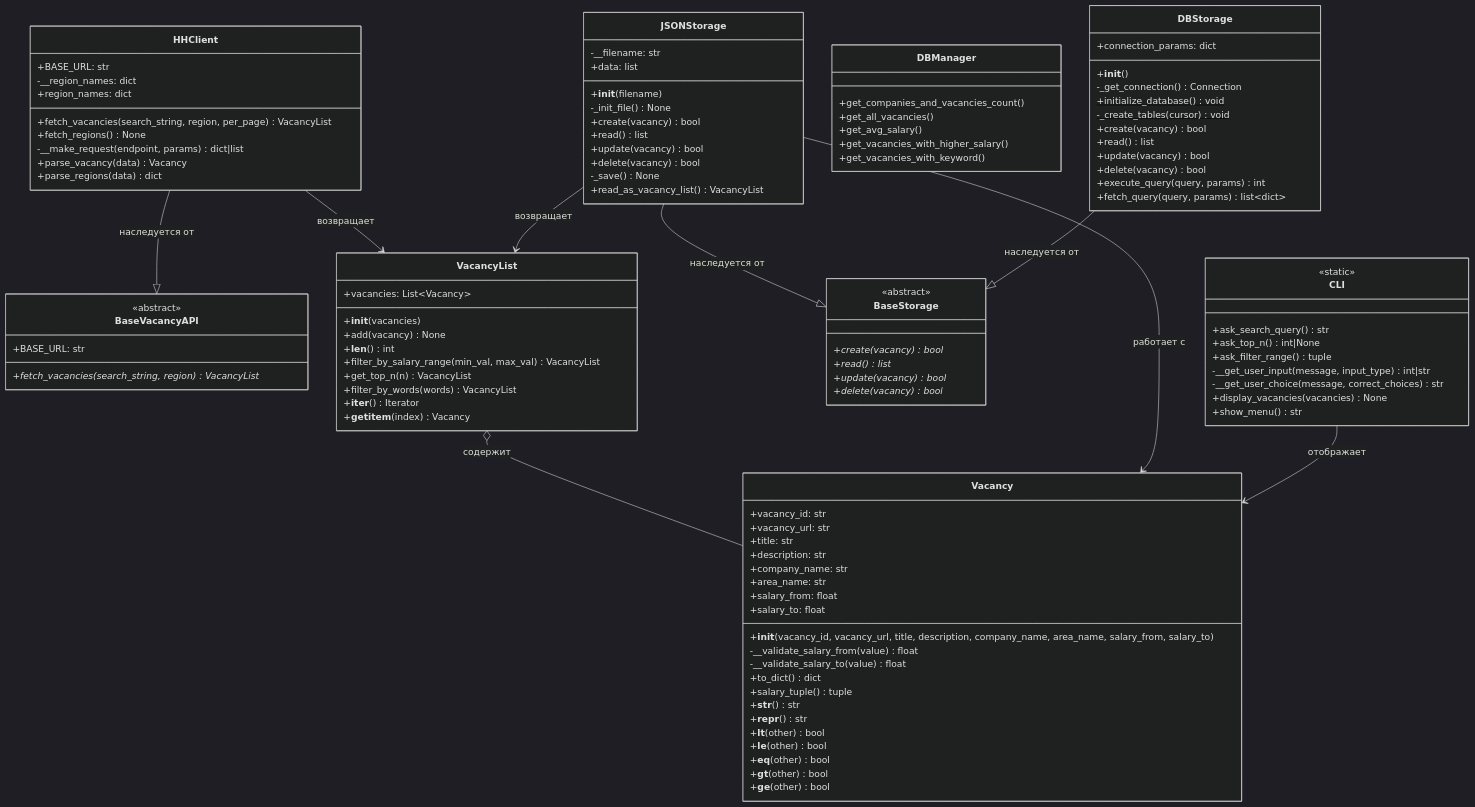
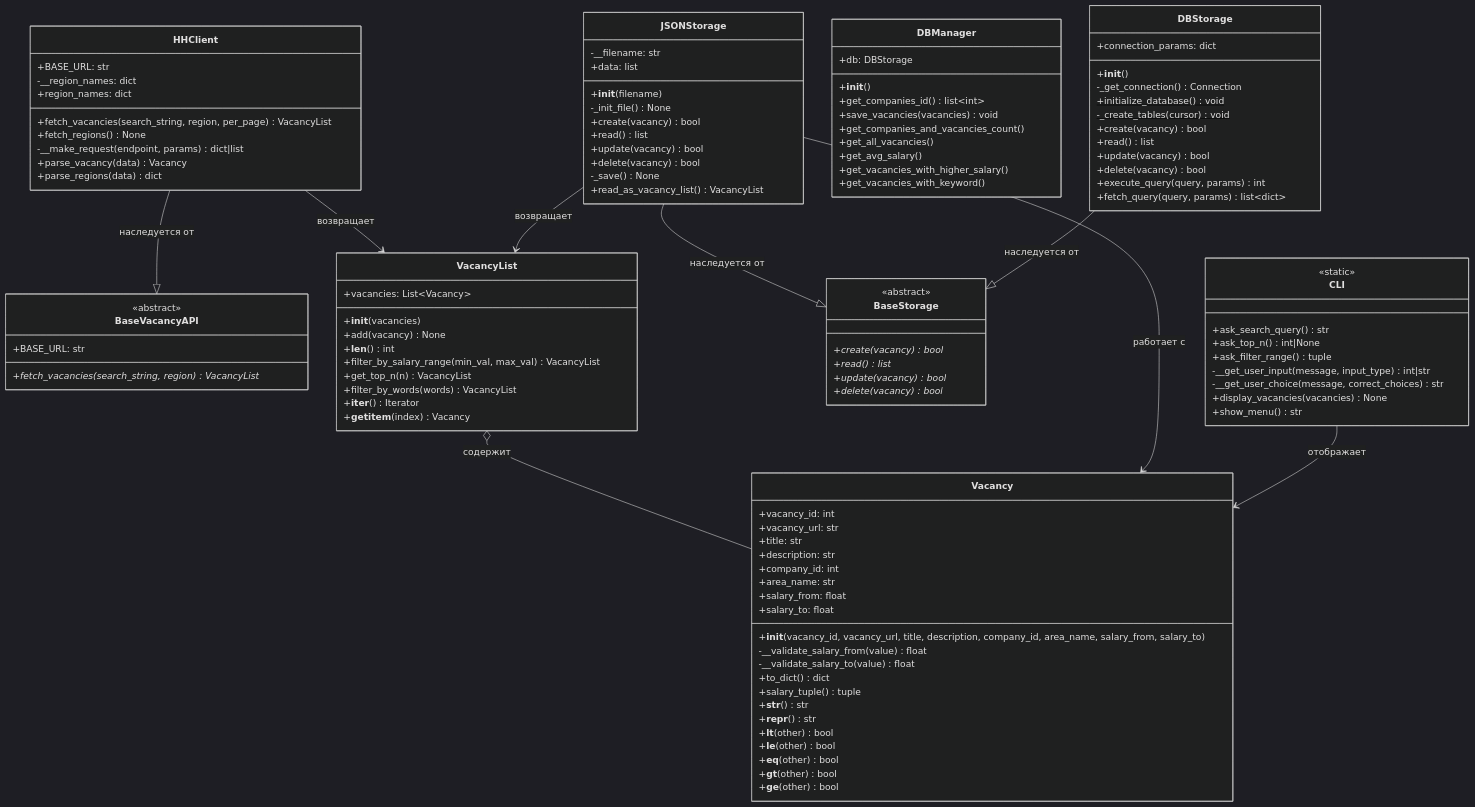
The diagram in README.md (dagniden/HHParser), drawn with Mermaid (dark theme) before and after one commit. The commit also changed other lines of this file and 3 other files, not shown here.

```diff
--- a/README.md
+++ b/README.md
@@ -68,15 +68,15 @@
     }
 
     class Vacancy {
-        +vacancy_id: str
+        +vacancy_id: int
         +vacancy_url: str
         +title: str
         +description: str
-        +company_name: str
+        +company_id: int
         +area_name: str
         +salary_from: float
         +salary_to: float
-        +__init__(vacancy_id, vacancy_url, title, description, company_name, area_name, salary_from, salary_to)
+        +__init__(vacancy_id, vacancy_url, title, description, company_id, area_name, salary_from, salary_to)
         -__validate_salary_from(value) float
         -__validate_salary_to(value) float
         +to_dict() dict
@@ -125,6 +125,10 @@
     }
 
     class DBManager {
+        +db: DBStorage
+        +__init__()
+        +get_companies_id() list~int~
+        +save_vacancies(vacancies) void
         +get_companies_and_vacancies_count()
         +get_all_vacancies()
         +get_avg_salary()
```
